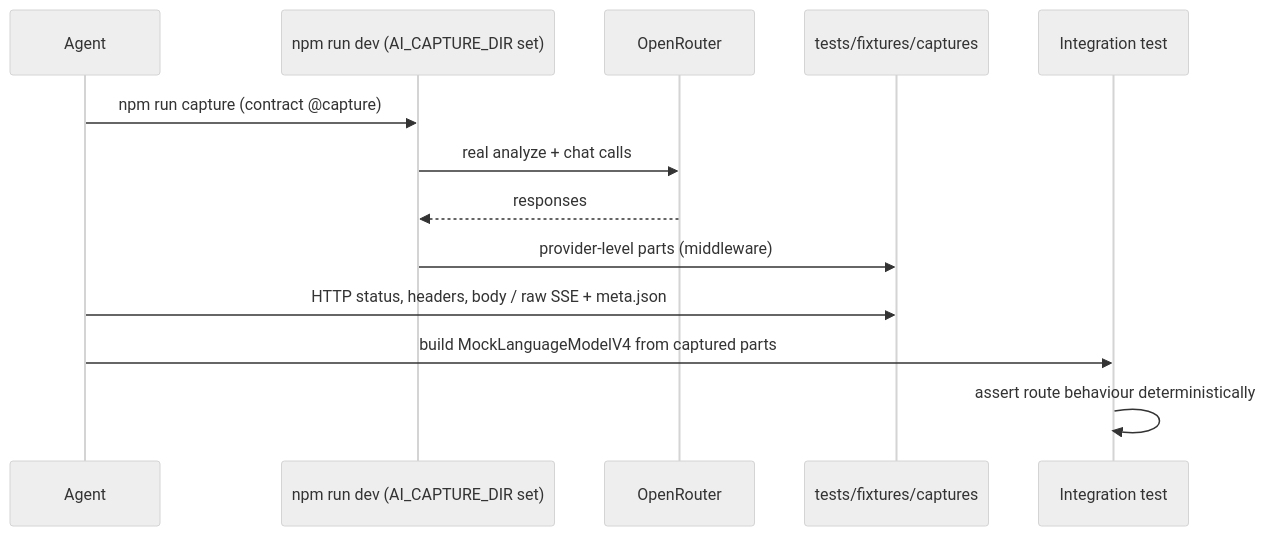
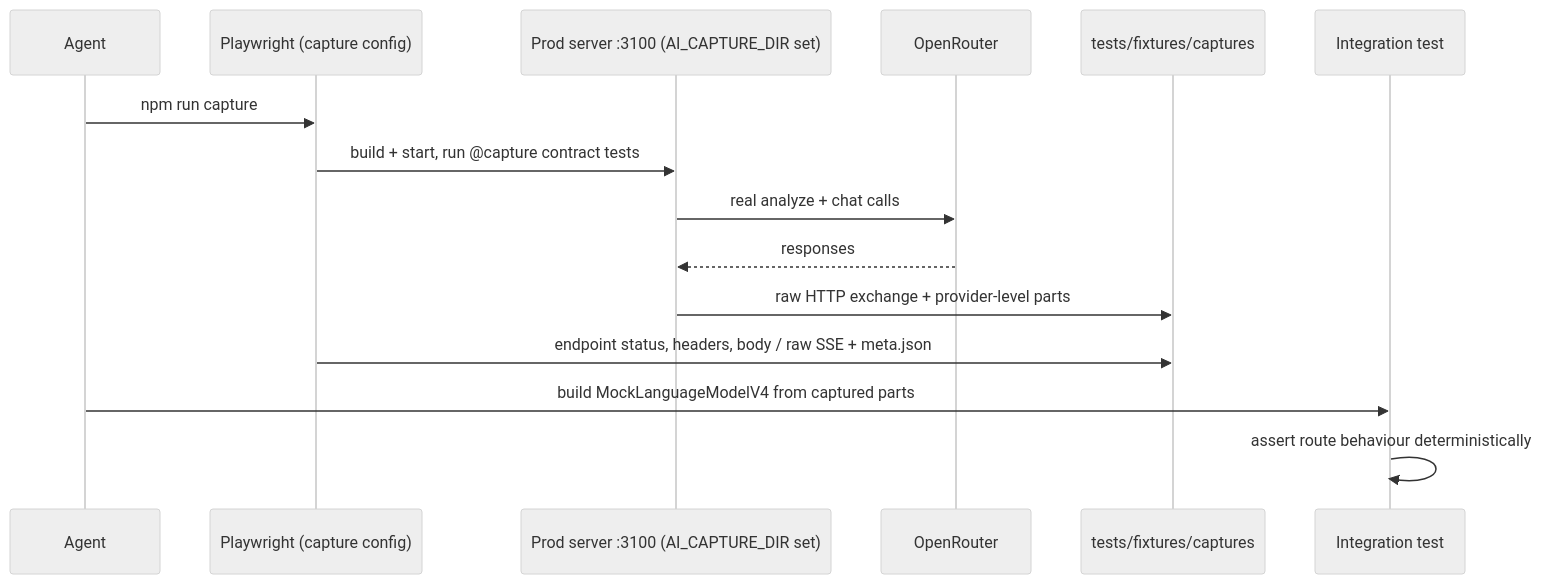
One commit to LucasMatuszewski/jsystems-claude-code-2026-10 changed the second of 3 diagrams in docs/ADR/005-testing.md. Above: the diagram before and after it, drawn with Mermaid (neutral theme). The commit also changed other lines of this file and 3 other files, not shown here.

````diff
--- a/docs/ADR/005-testing.md
+++ b/docs/ADR/005-testing.md
@@ -222,16 +252,18 @@
 ```mermaid
 sequenceDiagram
     participant Dev as Agent
-    participant App as npm run dev (AI_CAPTURE_DIR set)
+    participant PW as Playwright (capture config)
+    participant App as Prod server :3100 (AI_CAPTURE_DIR set)
     participant OR as OpenRouter
     participant FS as tests/fixtures/captures
     participant IT as Integration test
 
-    Dev->>App: npm run capture (contract @capture)
+    Dev->>PW: npm run capture
+    PW->>App: build + start, run @capture contract tests
     App->>OR: real analyze + chat calls
     OR-->>App: responses
-    App->>FS: provider-level parts (middleware)
-    Dev->>FS: HTTP status, headers, body / raw SSE + meta.json
+    App->>FS: raw HTTP exchange + provider-level parts
+    PW->>FS: endpoint status, headers, body / raw SSE + meta.json
     Dev->>IT: build MockLanguageModelV4 from captured parts
     IT->>IT: assert route behaviour deterministically
 ```
````
